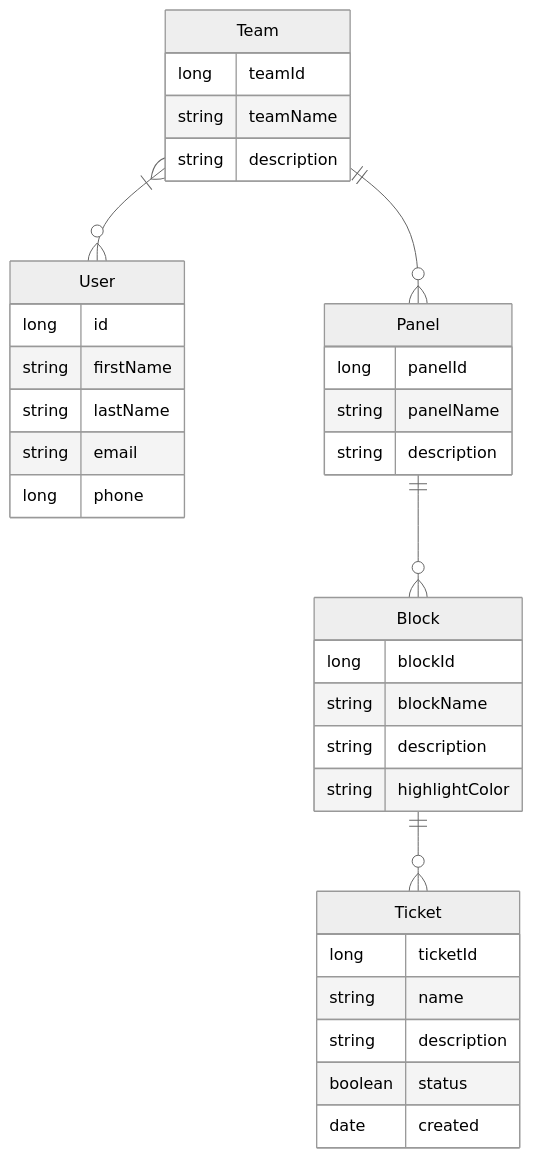
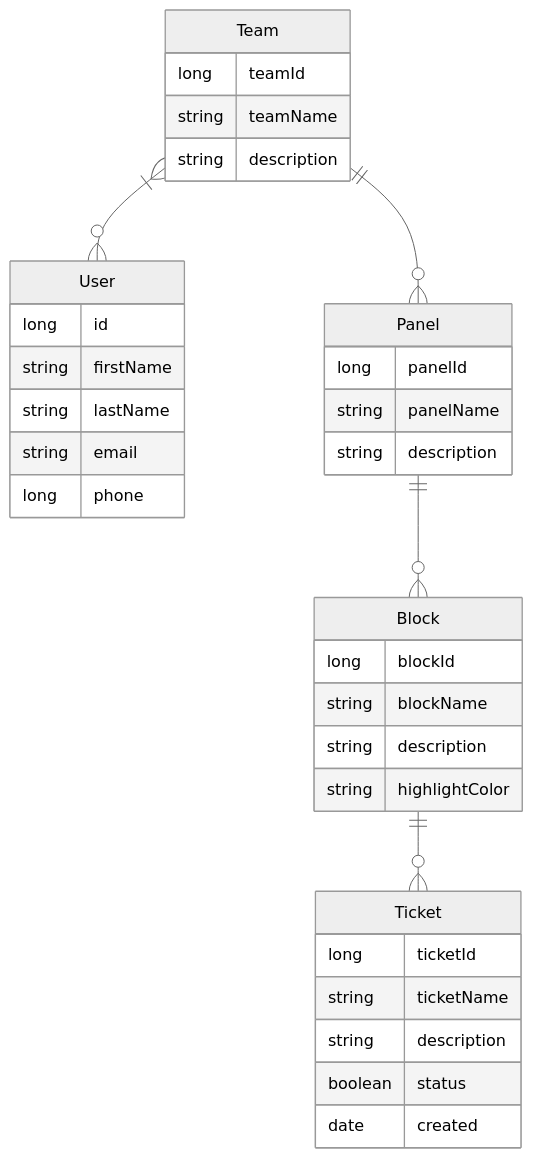
Before and after one commit to teamroutine/taskmaster: the diagram in README.md, drawn with Mermaid (neutral theme).

Commit message:
ticket attribute name README.md

````diff
--- a/README.md
+++ b/README.md
@@ -35,38 +35,38 @@
 ```mermaid
   erDiagram
     User {
       long id
       string firstName
       string lastName
       string email
       long phone
    }
    Panel ||--o{ Block : ""
    Panel{
       long panelId
       string panelName
       string description
    }
    Block ||--o{ Ticket : ""
    Block{
       long blockId
       string blockName
       string description
       string highlightColor
    }
    
    Ticket{
       long ticketId
-      string name
+      string ticketName
       string description
       boolean status
       date created
    }
     Team }|--o{ User : ""
     Team ||--o{ Panel : ""
    Team{
       long teamId
       string teamName
       string description
    }
 ```
````
